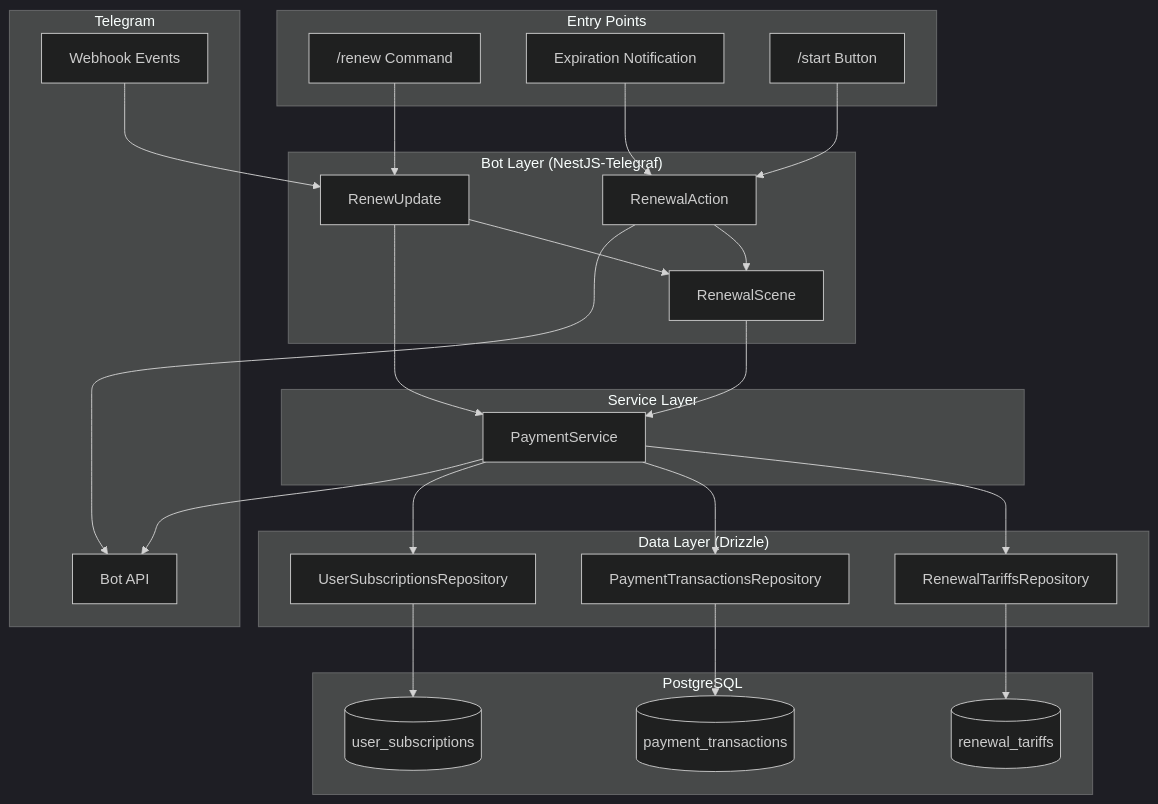
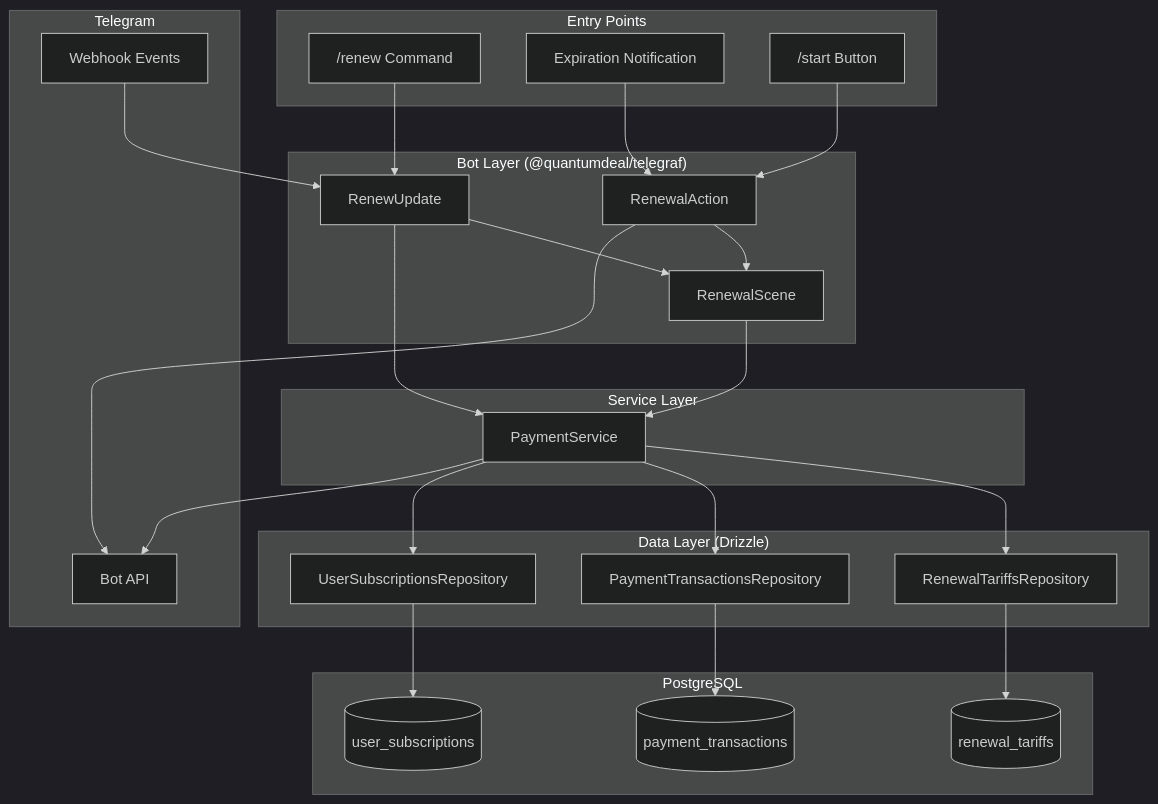
Before and after one commit to tundraray/quantum-deal: the first of 4 diagrams in docs/design/subscription-renewal-design.md, drawn with Mermaid (dark theme). The commit also changed other lines of this file and 99 other files, not shown here.

````diff
--- a/docs/design/subscription-renewal-design.md
+++ b/docs/design/subscription-renewal-design.md
@@ -114,57 +114,57 @@
 ```mermaid
 flowchart TB
     subgraph EntryPoints["Entry Points"]
         CMD["/renew Command"]
         NOTIF["Expiration Notification"]
         START["/start Button"]
     end
 
-    subgraph BotLayer["Bot Layer (NestJS-Telegraf)"]
+    subgraph BotLayer["Bot Layer (@quantumdeal/telegraf)"]
         UPDATE["RenewUpdate"]
         SCENE["RenewalScene"]
         ACTION["RenewalAction"]
     end
 
     subgraph ServiceLayer["Service Layer"]
         PAYMENT["PaymentService"]
     end
 
     subgraph DataLayer["Data Layer (Drizzle)"]
         TARIFF_REPO["RenewalTariffsRepository"]
         TX_REPO["PaymentTransactionsRepository"]
         USERSUB_REPO["UserSubscriptionsRepository"]
     end
 
     subgraph Database["PostgreSQL"]
         TARIFFS[(renewal_tariffs)]
         TRANSACTIONS[(payment_transactions)]
         USERSUBS[(user_subscriptions)]
     end
 
     subgraph External["Telegram"]
         BOT_API["Bot API"]
         WEBHOOK["Webhook Events"]
     end
 
     CMD --> UPDATE
     NOTIF --> ACTION
     START --> ACTION
 
     UPDATE --> SCENE
     ACTION --> SCENE
     ACTION --> BOT_API
 
     SCENE --> PAYMENT
     UPDATE --> PAYMENT
 
     PAYMENT --> TARIFF_REPO
     PAYMENT --> TX_REPO
     PAYMENT --> USERSUB_REPO
     PAYMENT --> BOT_API
 
     TARIFF_REPO --> TARIFFS
     TX_REPO --> TRANSACTIONS
     USERSUB_REPO --> USERSUBS
 
     WEBHOOK --> UPDATE
 ```
````
